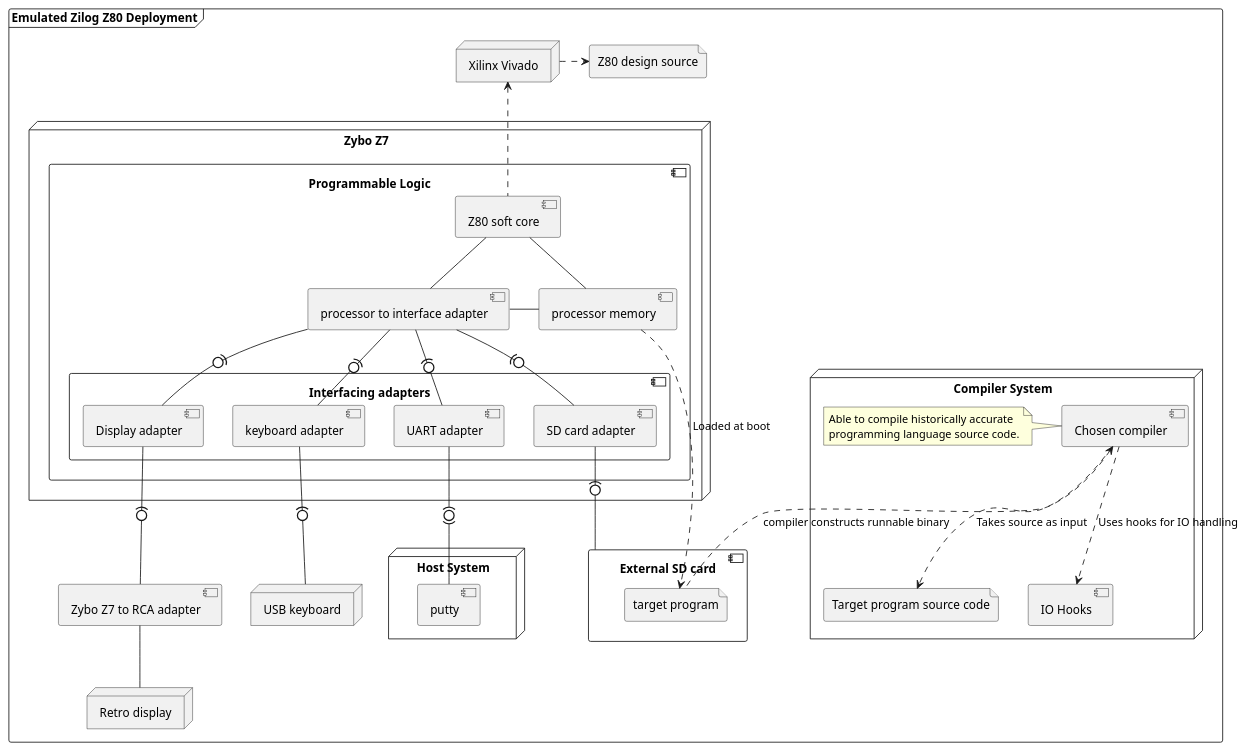
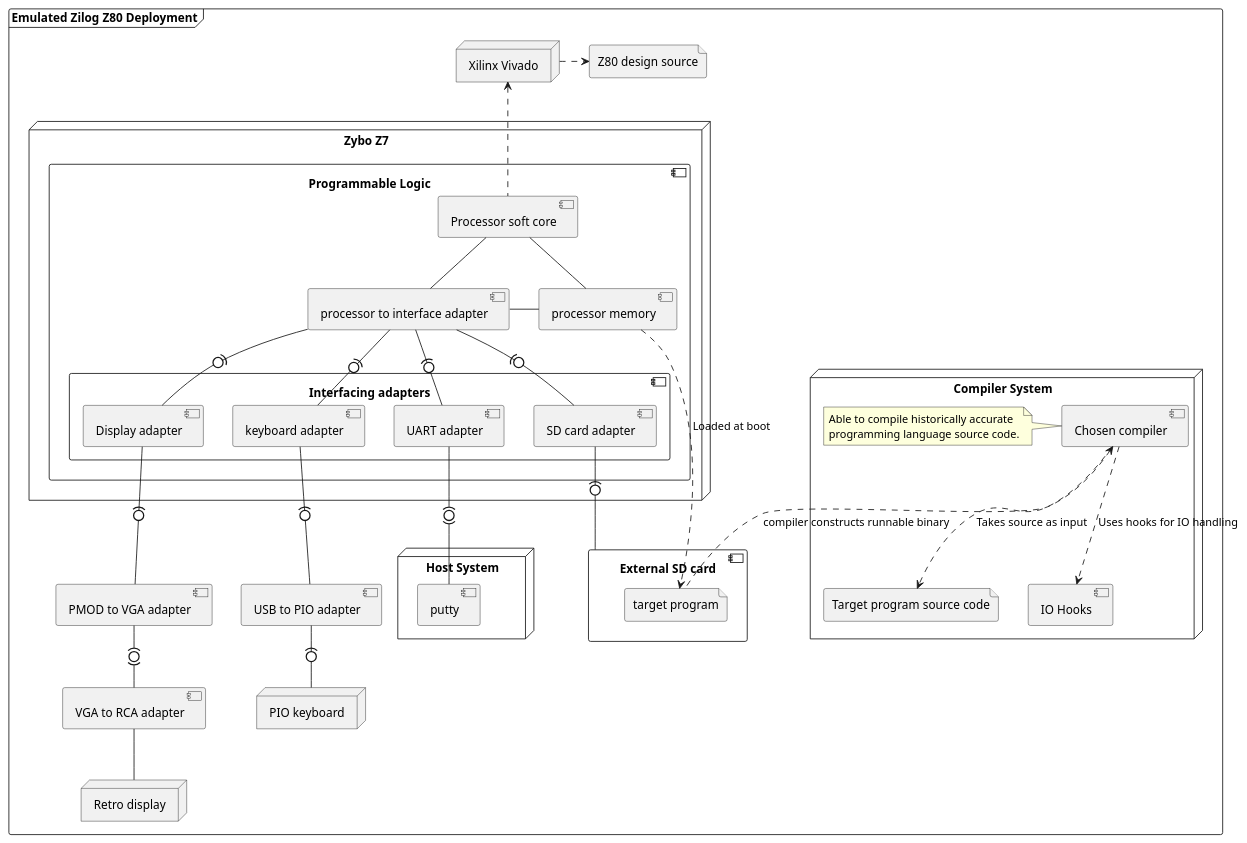
One commit to waridh/capstone-diagrams changed the diagram in src/pdd/system-architecture/top-architecture-v2.puml. Above: the diagram before and after it, drawn with PlantUML.

Commit message:
added the more generic naming

```diff
--- a/src/pdd/system-architecture/top-architecture-v2.puml
+++ b/src/pdd/system-architecture/top-architecture-v2.puml
@@ -1,63 +1,67 @@
 @startuml
 frame "Emulated Zilog Z80 Deployment" {
         node "Zybo Z7"  {
                 component "Programmable Logic" as fpga
                 component fpga {
                         component "Interfacing adapters" as intf_adpt
                         component intf_adpt {
                                 component "Display adapter" as display_adpt
                                 component "keyboard adapter" as keyboard_adpt
                                 component "UART adapter" as uart_adpt
                                 component "SD card adapter" as sd_adpt
                                 display_adpt -[hidden] keyboard_adpt
                                 keyboard_adpt -[hidden] uart_adpt
                                 uart_adpt -[hidden] sd_adpt
                         }
                         component "processor to interface adapter" as pl_adpt
-                        component "Z80 soft core" as z80_sc
+                        component "Processor soft core" as z80_sc
                         component "processor memory" as pl_mem
                         z80_sc -- pl_adpt
                         z80_sc -- pl_mem
                         pl_adpt - pl_mem
                 }
                 pl_adpt -(0- display_adpt
                 pl_adpt -(0- sd_adpt
                 pl_adpt -(0- keyboard_adpt
                 pl_adpt -(0- uart_adpt
         }
         node "Compiler System" {
                 file "Target program source code" as program_source
                 component "Chosen compiler" as compiler
                 note left of compiler
                         Able to compile historically accurate
                         programming language source code.
                 end note
                 component "IO Hooks" as hooks
 
                 compiler ..> program_source : Takes source as input
                 compiler ..> hooks : Uses hooks for IO handling
         }
         node "Host System" {
              component putty
         }
         component "External SD card" as sd_card
         component sd_card {
                         file "target program" as program
         }
         node "Xilinx Vivado" as vivado
         file "Z80 design source" as z80_src
-        node "USB keyboard" as keyboard
-        component "Zybo Z7 to RCA adapter" as rca_adpt
+        node "PIO keyboard" as keyboard
+        component "VGA to RCA adapter" as rca_adpt
+        component "PMOD to VGA adapter" as pmod_vga
+        component "USB to PIO adapter" as usb_pio
         node "Retro display" as display
 
         vivado <.. z80_sc
         vivado .> z80_src
-        keyboard_adpt -(0- keyboard
-        display_adpt -(0- rca_adpt
+        keyboard_adpt -(0- usb_pio
+        usb_pio -(0- keyboard
+        display_adpt -(0- pmod_vga
         sd_adpt -(0- sd_card
+        pmod_vga -(0)- rca_adpt
         rca_adpt -- display
         pl_mem ..> program : Loaded at boot
         compiler <.. program : compiler constructs runnable binary
         uart_adpt -(0)- putty
 }
 @enduml
```
